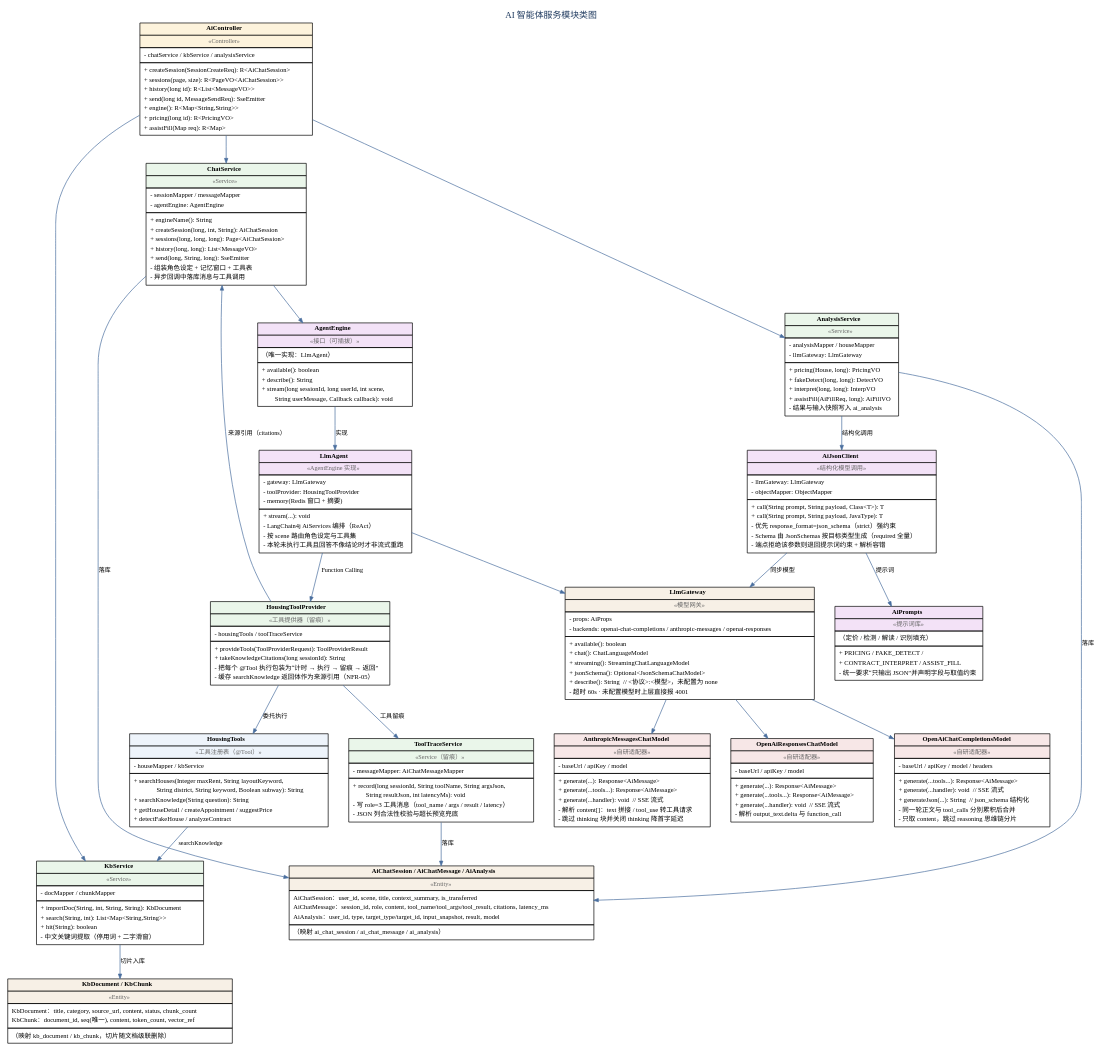
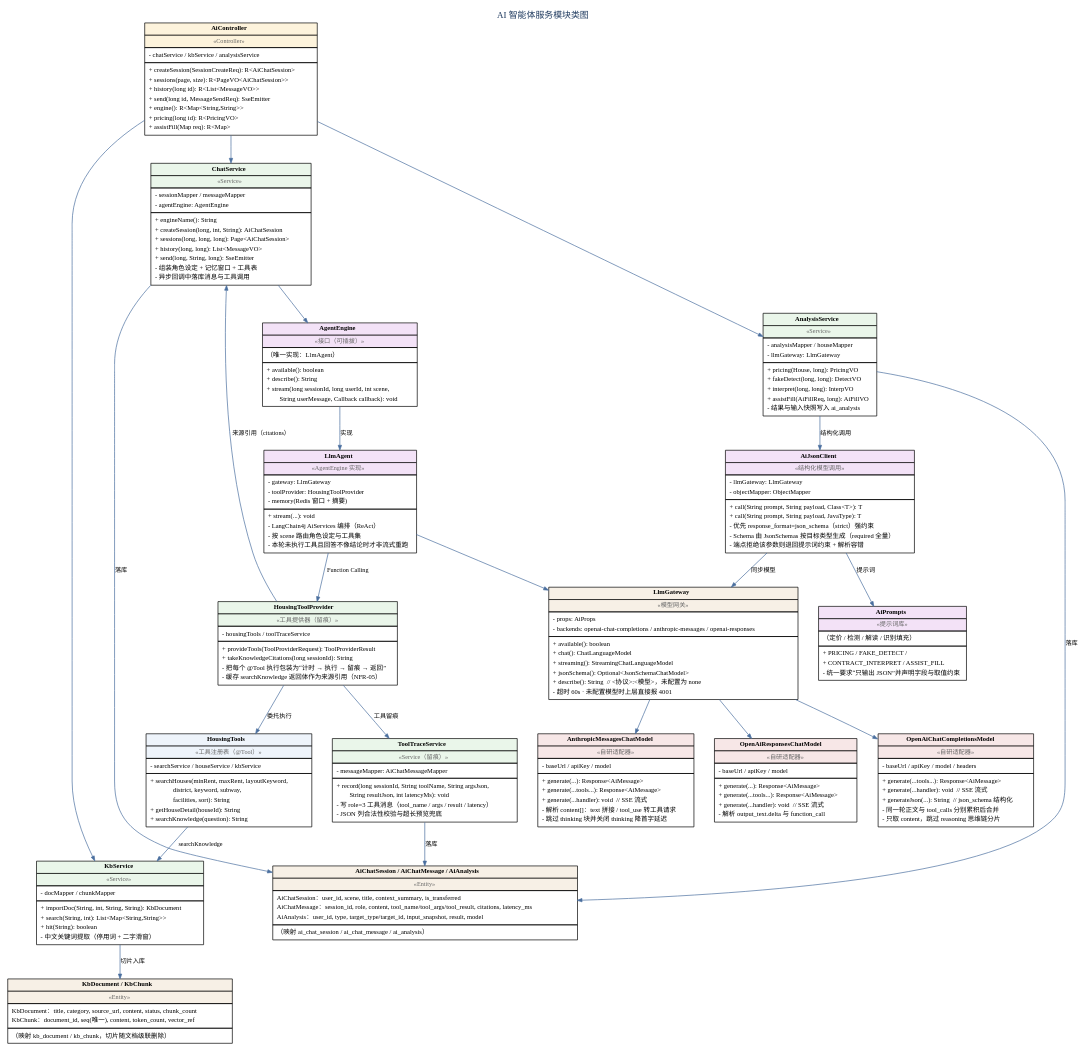
Before and after one commit to chuanshanjia666/RentAgent: the diagram in doc/03.概要设计/assets/figures/fig_3_1_cls_ai.dot, drawn with Graphviz. The commit also changed 70 other files, not shown here.

```diff
--- a/doc/03.概要设计/assets/figures/fig_3_1_cls_ai.dot
+++ b/doc/03.概要设计/assets/figures/fig_3_1_cls_ai.dot
@@ -19,7 +19,7 @@
   n11 [shape=plaintext, label=<<TABLE BORDER="0" CELLBORDER="1" CELLSPACING="0" CELLPADDING="3"><TR><TD BGCOLOR="#f7e7e7"><B>OpenAiResponsesChatModel</B></TD></TR><TR><TD BGCOLOR="#f7e7e7"><FONT POINT-SIZE="9" COLOR="#666666">&#171;自研适配器&#187;</FONT></TD></TR><TR><TD ALIGN="LEFT" BALIGN="LEFT"><TABLE BORDER="0" CELLBORDER="0" CELLSPACING="0"><TR><TD ALIGN="LEFT" BALIGN="LEFT">- baseUrl / apiKey / model</TD></TR></TABLE></TD></TR><TR><TD ALIGN="LEFT" BALIGN="LEFT"><TABLE BORDER="0" CELLBORDER="0" CELLSPACING="0"><TR><TD ALIGN="LEFT" BALIGN="LEFT">+ generate(...): Response&lt;AiMessage&gt;</TD></TR><TR><TD ALIGN="LEFT" BALIGN="LEFT">+ generate(...tools...): Response&lt;AiMessage&gt;</TD></TR><TR><TD ALIGN="LEFT" BALIGN="LEFT">+ generate(...handler): void  // SSE 流式</TD></TR><TR><TD ALIGN="LEFT" BALIGN="LEFT">- 解析 output_text.delta 与 function_call</TD></TR></TABLE></TD></TR></TABLE>>];
   n12 [shape=plaintext, label=<<TABLE BORDER="0" CELLBORDER="1" CELLSPACING="0" CELLPADDING="3"><TR><TD BGCOLOR="#eaf6ea"><B>HousingToolProvider</B></TD></TR><TR><TD BGCOLOR="#eaf6ea"><FONT POINT-SIZE="9" COLOR="#666666">&#171;工具提供器（留痕）&#187;</FONT></TD></TR><TR><TD ALIGN="LEFT" BALIGN="LEFT"><TABLE BORDER="0" CELLBORDER="0" CELLSPACING="0"><TR><TD ALIGN="LEFT" BALIGN="LEFT">- housingTools / toolTraceService</TD></TR></TABLE></TD></TR><TR><TD ALIGN="LEFT" BALIGN="LEFT"><TABLE BORDER="0" CELLBORDER="0" CELLSPACING="0"><TR><TD ALIGN="LEFT" BALIGN="LEFT">+ provideTools(ToolProviderRequest): ToolProviderResult</TD></TR><TR><TD ALIGN="LEFT" BALIGN="LEFT">+ takeKnowledgeCitations(long sessionId): String</TD></TR><TR><TD ALIGN="LEFT" BALIGN="LEFT">- 把每个 @Tool 执行包装为“计时 → 执行 → 留痕 → 返回”</TD></TR><TR><TD ALIGN="LEFT" BALIGN="LEFT">- 缓存 searchKnowledge 返回体作为来源引用（NFR-05）</TD></TR></TABLE></TD></TR></TABLE>>];
   n13 [shape=plaintext, label=<<TABLE BORDER="0" CELLBORDER="1" CELLSPACING="0" CELLPADDING="3"><TR><TD BGCOLOR="#eaf6ea"><B>ToolTraceService</B></TD></TR><TR><TD BGCOLOR="#eaf6ea"><FONT POINT-SIZE="9" COLOR="#666666">&#171;Service（留痕）&#187;</FONT></TD></TR><TR><TD ALIGN="LEFT" BALIGN="LEFT"><TABLE BORDER="0" CELLBORDER="0" CELLSPACING="0"><TR><TD ALIGN="LEFT" BALIGN="LEFT">- messageMapper: AiChatMessageMapper</TD></TR></TABLE></TD></TR><TR><TD ALIGN="LEFT" BALIGN="LEFT"><TABLE BORDER="0" CELLBORDER="0" CELLSPACING="0"><TR><TD ALIGN="LEFT" BALIGN="LEFT">+ record(long sessionId, String toolName, String argsJson,</TD></TR><TR><TD ALIGN="LEFT" BALIGN="LEFT">         String resultJson, int latencyMs): void</TD></TR><TR><TD ALIGN="LEFT" BALIGN="LEFT">- 写 role=3 工具消息（tool_name / args / result / latency）</TD></TR><TR><TD ALIGN="LEFT" BALIGN="LEFT">- JSON 列合法性校验与超长预览兜底</TD></TR></TABLE></TD></TR></TABLE>>];
-  n14 [shape=plaintext, label=<<TABLE BORDER="0" CELLBORDER="1" CELLSPACING="0" CELLPADDING="3"><TR><TD BGCOLOR="#eef4fb"><B>HousingTools</B></TD></TR><TR><TD BGCOLOR="#eef4fb"><FONT POINT-SIZE="9" COLOR="#666666">&#171;工具注册表（@Tool）&#187;</FONT></TD></TR><TR><TD ALIGN="LEFT" BALIGN="LEFT"><TABLE BORDER="0" CELLBORDER="0" CELLSPACING="0"><TR><TD ALIGN="LEFT" BALIGN="LEFT">- houseMapper / kbService</TD></TR></TABLE></TD></TR><TR><TD ALIGN="LEFT" BALIGN="LEFT"><TABLE BORDER="0" CELLBORDER="0" CELLSPACING="0"><TR><TD ALIGN="LEFT" BALIGN="LEFT">+ searchHouses(Integer maxRent, String layoutKeyword,</TD></TR><TR><TD ALIGN="LEFT" BALIGN="LEFT">               String district, String keyword, Boolean subway): String</TD></TR><TR><TD ALIGN="LEFT" BALIGN="LEFT">+ searchKnowledge(String question): String</TD></TR><TR><TD ALIGN="LEFT" BALIGN="LEFT">+ getHouseDetail / createAppointment / suggestPrice</TD></TR><TR><TD ALIGN="LEFT" BALIGN="LEFT">+ detectFakeHouse / analyzeContract</TD></TR></TABLE></TD></TR></TABLE>>];
+  n14 [shape=plaintext, label=<<TABLE BORDER="0" CELLBORDER="1" CELLSPACING="0" CELLPADDING="3"><TR><TD BGCOLOR="#eef4fb"><B>HousingTools</B></TD></TR><TR><TD BGCOLOR="#eef4fb"><FONT POINT-SIZE="9" COLOR="#666666">&#171;工具注册表（@Tool）&#187;</FONT></TD></TR><TR><TD ALIGN="LEFT" BALIGN="LEFT"><TABLE BORDER="0" CELLBORDER="0" CELLSPACING="0"><TR><TD ALIGN="LEFT" BALIGN="LEFT">- searchService / houseService / kbService</TD></TR></TABLE></TD></TR><TR><TD ALIGN="LEFT" BALIGN="LEFT"><TABLE BORDER="0" CELLBORDER="0" CELLSPACING="0"><TR><TD ALIGN="LEFT" BALIGN="LEFT">+ searchHouses(minRent, maxRent, layoutKeyword,</TD></TR><TR><TD ALIGN="LEFT" BALIGN="LEFT">               district, keyword, subway,</TD></TR><TR><TD ALIGN="LEFT" BALIGN="LEFT">               facilities, sort): String</TD></TR><TR><TD ALIGN="LEFT" BALIGN="LEFT">+ getHouseDetail(houseId): String</TD></TR><TR><TD ALIGN="LEFT" BALIGN="LEFT">+ searchKnowledge(question): String</TD></TR></TABLE></TD></TR></TABLE>>];
   n15 [shape=plaintext, label=<<TABLE BORDER="0" CELLBORDER="1" CELLSPACING="0" CELLPADDING="3"><TR><TD BGCOLOR="#f7f0e6"><B>AiChatSession / AiChatMessage / AiAnalysis</B></TD></TR><TR><TD BGCOLOR="#f7f0e6"><FONT POINT-SIZE="9" COLOR="#666666">&#171;Entity&#187;</FONT></TD></TR><TR><TD ALIGN="LEFT" BALIGN="LEFT"><TABLE BORDER="0" CELLBORDER="0" CELLSPACING="0"><TR><TD ALIGN="LEFT" BALIGN="LEFT">AiChatSession：user_id, scene, title, context_summary, is_transferred</TD></TR><TR><TD ALIGN="LEFT" BALIGN="LEFT">AiChatMessage：session_id, role, content, tool_name/tool_args/tool_result, citations, latency_ms</TD></TR><TR><TD ALIGN="LEFT" BALIGN="LEFT">AiAnalysis：user_id, type, target_type/target_id, input_snapshot, result, model</TD></TR></TABLE></TD></TR><TR><TD ALIGN="LEFT" BALIGN="LEFT"><TABLE BORDER="0" CELLBORDER="0" CELLSPACING="0"><TR><TD ALIGN="LEFT" BALIGN="LEFT">（映射 ai_chat_session / ai_chat_message / ai_analysis）</TD></TR></TABLE></TD></TR></TABLE>>];
   n16 [shape=plaintext, label=<<TABLE BORDER="0" CELLBORDER="1" CELLSPACING="0" CELLPADDING="3"><TR><TD BGCOLOR="#f7f0e6"><B>KbDocument / KbChunk</B></TD></TR><TR><TD BGCOLOR="#f7f0e6"><FONT POINT-SIZE="9" COLOR="#666666">&#171;Entity&#187;</FONT></TD></TR><TR><TD ALIGN="LEFT" BALIGN="LEFT"><TABLE BORDER="0" CELLBORDER="0" CELLSPACING="0"><TR><TD ALIGN="LEFT" BALIGN="LEFT">KbDocument：title, category, source_url, content, status, chunk_count</TD></TR><TR><TD ALIGN="LEFT" BALIGN="LEFT">KbChunk：document_id, seq(唯一), content, token_count, vector_ref</TD></TR></TABLE></TD></TR><TR><TD ALIGN="LEFT" BALIGN="LEFT"><TABLE BORDER="0" CELLBORDER="0" CELLSPACING="0"><TR><TD ALIGN="LEFT" BALIGN="LEFT">（映射 kb_document / kb_chunk，切片随文档级联删除）</TD></TR></TABLE></TD></TR></TABLE>>];
   n0 -> n1;
```
